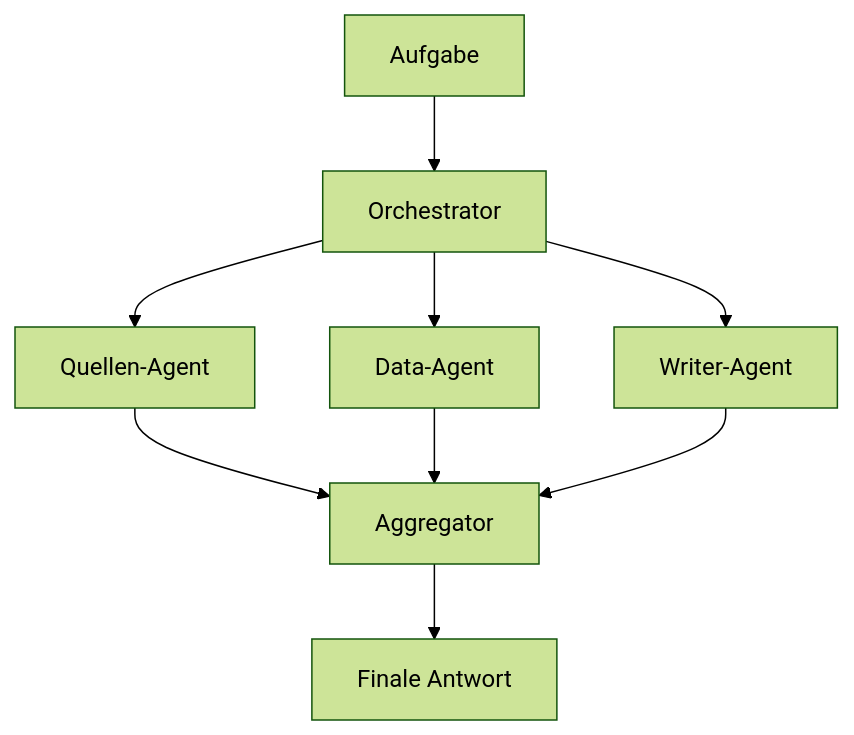
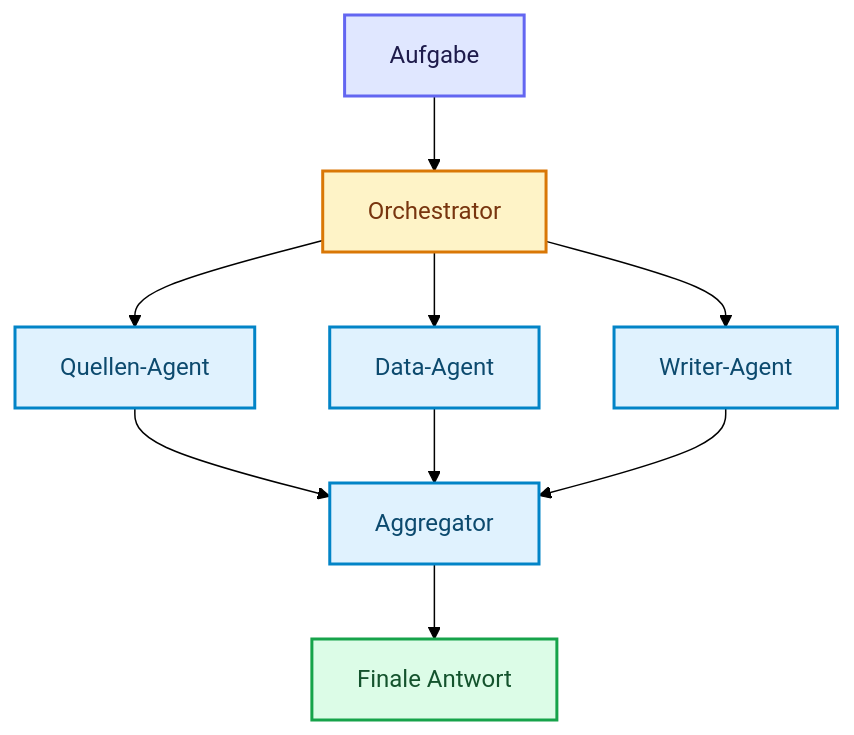
Before and after one commit to ralf-42/Agenten: the tenth of 10 diagrams in docs/06-multi-agent-erweiterungen/multi-agent-systeme.md, drawn with Mermaid (forest theme). The commit also changed other lines of this file and 18 other files, not shown here.

````diff
--- a/docs/06-multi-agent-erweiterungen/multi-agent-systeme.md
+++ b/docs/06-multi-agent-erweiterungen/multi-agent-systeme.md
@@ -296,11 +371,20 @@
 ```mermaid
 flowchart TD
     A[Aufgabe] --> S[Orchestrator]
     S --> R[Quellen-Agent]
     S --> D[Data-Agent]
     S --> W[Writer-Agent]
     R --> J[Aggregator]
     D --> J
     W --> J
     J --> E[Finale Antwort]
+
+    classDef default fill:#e0f2fe,stroke:#0284c7,stroke-width:2px,color:#0c4a6e;
+    classDef input fill:#e0e7ff,stroke:#6366f1,stroke-width:2px,color:#1e1b4b;
+    classDef metric fill:#fef3c7,stroke:#d97706,stroke-width:2px,color:#78350f;
+    classDef output fill:#dcfce7,stroke:#16a34a,stroke-width:2px,color:#14532d;
+
+    class A input;
+    class S metric;
+    class E output;
 ```
````
